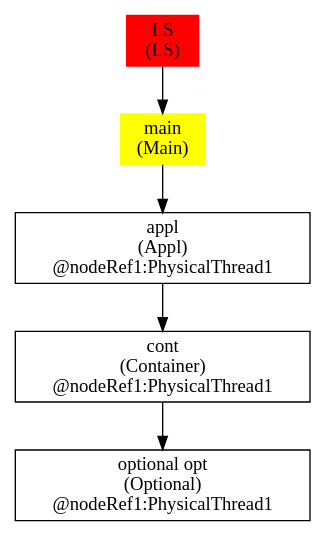
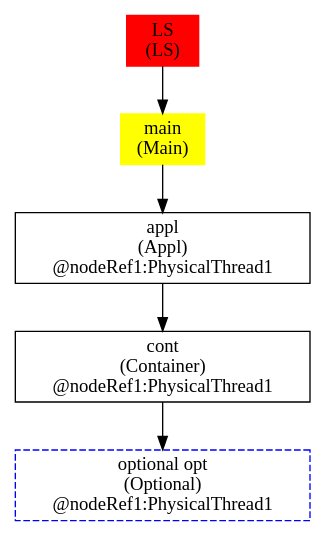
Before and after one commit to protossoftware/etrice: the diagram in examples/org.eclipse.etrice.examples.dynamicactors1/doc-gen/images/LS_instanceTree.dot, drawn with Graphviz. The commit also changed 136 other files, not shown here.

```diff
--- a/examples/org.eclipse.etrice.examples.dynamicactors1/doc-gen/images/LS_instanceTree.dot
+++ b/examples/org.eclipse.etrice.examples.dynamicactors1/doc-gen/images/LS_instanceTree.dot
@@ -1,13 +1,13 @@
 digraph LS {
 	rankdir=TD;
 	node [shape=box];
 	_LS [label="LS\n(LS)" style=filled color=red];
 	_LS_main [label="main\n(Main)" style=filled color=yellow];
 	_LS -> _LS_main;  
 	_LS_main_appl [label="appl\n(Appl)\n@nodeRef1:PhysicalThread1"];
 	_LS_main -> _LS_main_appl;
 	_LS_main_appl_cont [label="cont\n(Container)\n@nodeRef1:PhysicalThread1"];
 	_LS_main_appl -> _LS_main_appl_cont;
-	_LS_main_appl_cont_opt [label="optional opt\n(Optional)\n@nodeRef1:PhysicalThread1"];
+	_LS_main_appl_cont_opt [label="optional opt\n(Optional)\n@nodeRef1:PhysicalThread1" color=blue style=dashed];
 	_LS_main_appl_cont -> _LS_main_appl_cont_opt;
 }
```
